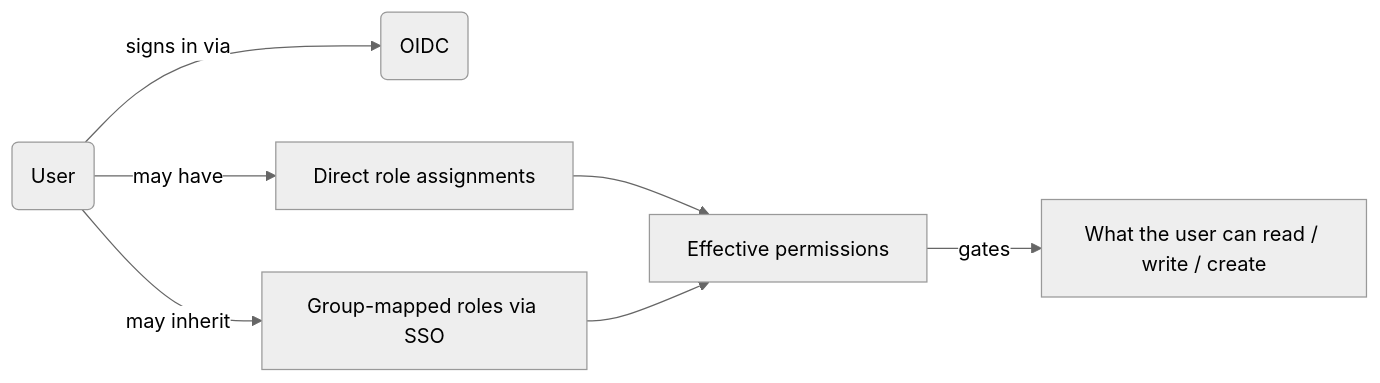
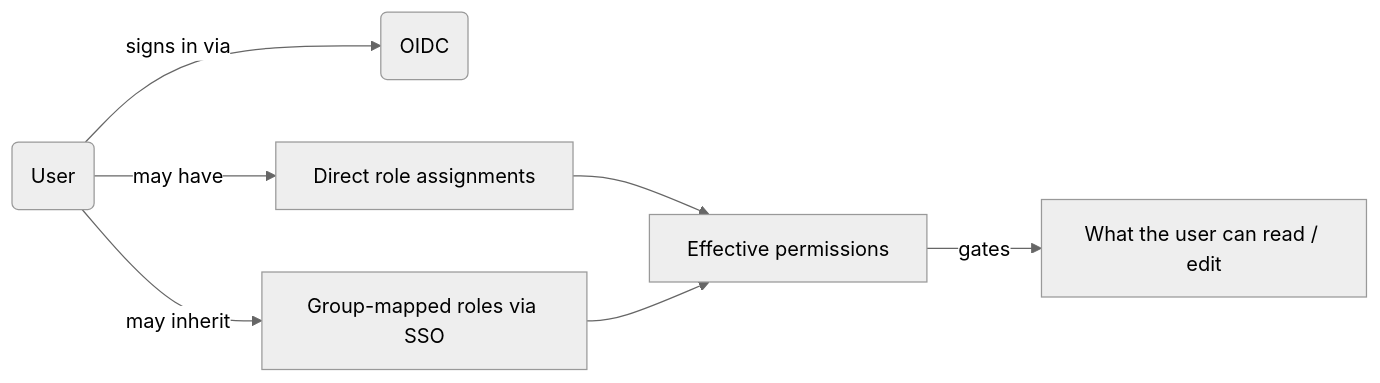
One commit to LetPeopleWork/Lighthouse changed the diagram in docs/settings/rbac.md. Above: the diagram before and after it, drawn with Mermaid. The commit also changed other lines of this file and 1 other file, not shown here.

````diff
--- a/docs/settings/rbac.md
+++ b/docs/settings/rbac.md
@@ -22,10 +22,10 @@
 ```mermaid
 %%{init: {'theme': 'neutral'}}%%
 flowchart LR
     U(User) -->|signs in via| O(OIDC)
     U -->|may have| D[Direct role assignments]
     U -->|may inherit| G[Group-mapped roles via SSO]
     D --> E[Effective permissions]
     G --> E
-    E -->|gates| A[What the user can read / write / create]
+    E -->|gates| A[What the user can read / edit]
 ```
````
